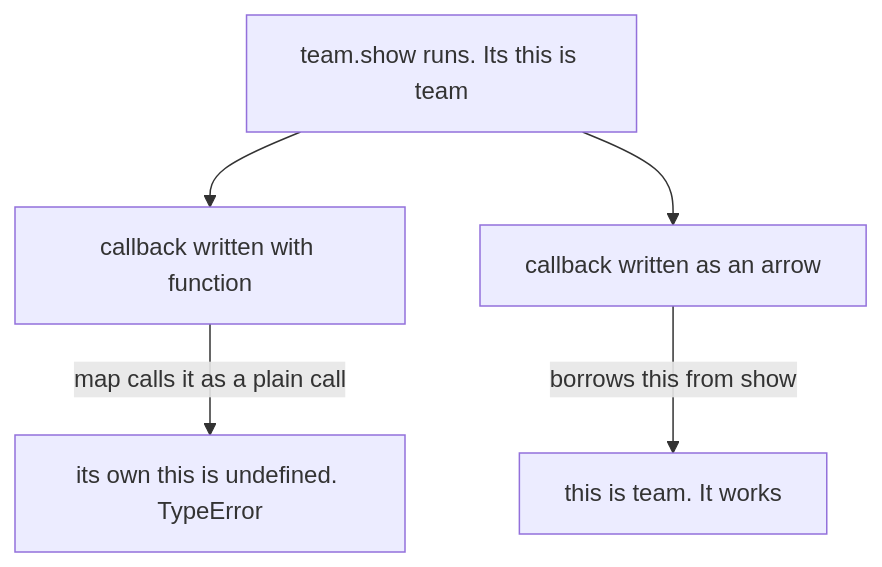
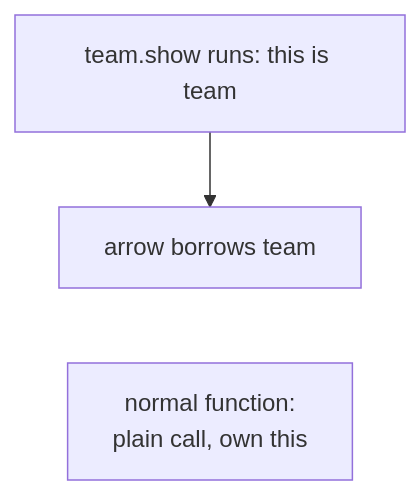
The third of 3 diagrams in learn/javascript/06-this-call-apply-and-bind.md (starjustice/research-material), drawn with Mermaid before and after one commit. The commit also changed other lines of this file, not shown here.

Commit message:
Reshape JavaScript lesson 06 (this, call, apply and bind) into short cards with guess bars and blue More detail bars

````diff
--- a/learn/javascript/06-this-call-apply-and-bind.md
+++ b/learn/javascript/06-this-call-apply-and-bind.md
@@ -134,8 +160,5 @@
 ```mermaid
 graph TB
-    S["team.show runs. Its this is team"]
-    S --> N["callback written with function"]
-    S --> A["callback written as an arrow"]
-    N -->|map calls it as a plain call| NU["its own this is undefined. TypeError"]
-    A -->|borrows this from show| AT["this is team. It works"]
+    S["team.show runs: this is team"] --> A["arrow borrows team"]
+    A ~~~ N["normal function:<br/>plain call, own this"]
 ```
````
